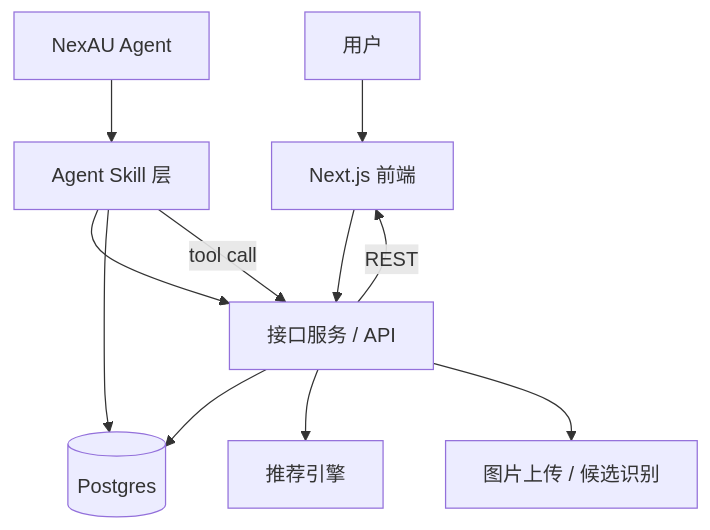
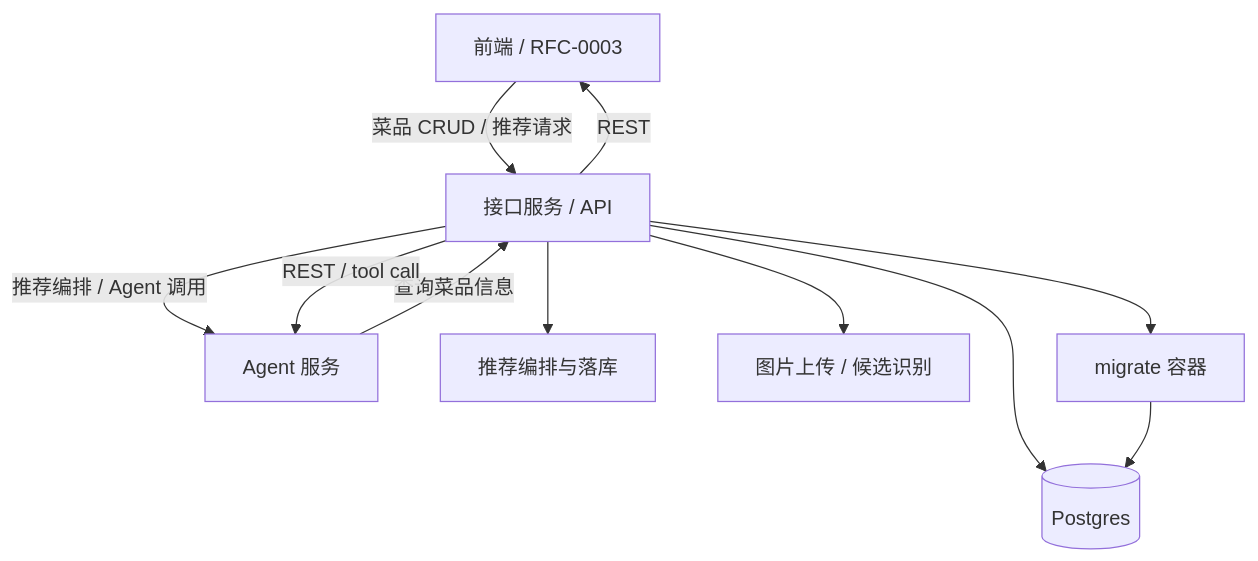
The first of 5 diagrams in docs/rfcs/0002-ordering-system-architecture.md (leoli-jpg/north-hackathon-team-5-ordering), drawn with Mermaid before and after one commit. The commit also changed other lines of this file and 18 other files, not shown here.

````diff
--- a/docs/rfcs/0002-ordering-system-architecture.md
+++ b/docs/rfcs/0002-ordering-system-architecture.md
@@ -27,14 +27,14 @@
 ```mermaid
 flowchart TD
-    U["用户"] --> FE["Next.js 前端"]
-    FE --> API["接口服务 / API"]
+    FE["前端 / RFC-0003"] -->|菜品 CRUD / 推荐请求| API["接口服务 / API"]
+    API -->|推荐编排 / Agent 调用| AG["Agent 服务"]
+    AG -->|查询菜品信息| API
     API --> DB[("Postgres")]
-    API --> REC["推荐引擎"]
+    API --> REC["推荐编排与落库"]
     API --> IMG["图片上传 / 候选识别"]
-    AG["NexAU Agent"] --> SKILL["Agent Skill 层"]
-    SKILL --> API
-    SKILL --> DB
+    API --> MIG["migrate 容器"]
+    MIG --> DB
 
     API -->|REST| FE
-    SKILL -->|tool call| API
+    API -->|REST / tool call| AG
 ```
````
